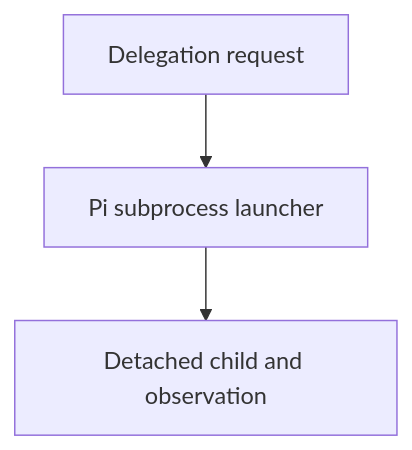
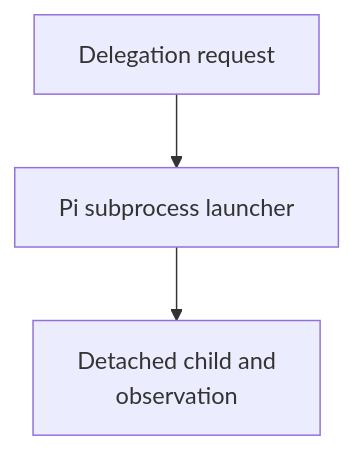
The diagram in skills/spawning-pi-subagents/as-is.md (abstract-business-systems/as-is), drawn with Mermaid before and after one commit. The commit also changed 47 other files, not shown here.

Commit message:
docs(diagrams): improve Mermaid readability validation

````diff
--- a/skills/spawning-pi-subagents/as-is.md
+++ b/skills/spawning-pi-subagents/as-is.md
@@ -47,5 +47,5 @@
 ```mermaid
 flowchart TD
     A["Delegation request"] --> B["Pi subprocess launcher"]
-    B --> C["Detached child and observation"]
+    B --> C["Detached child and<br/>observation"]
 ```
````
